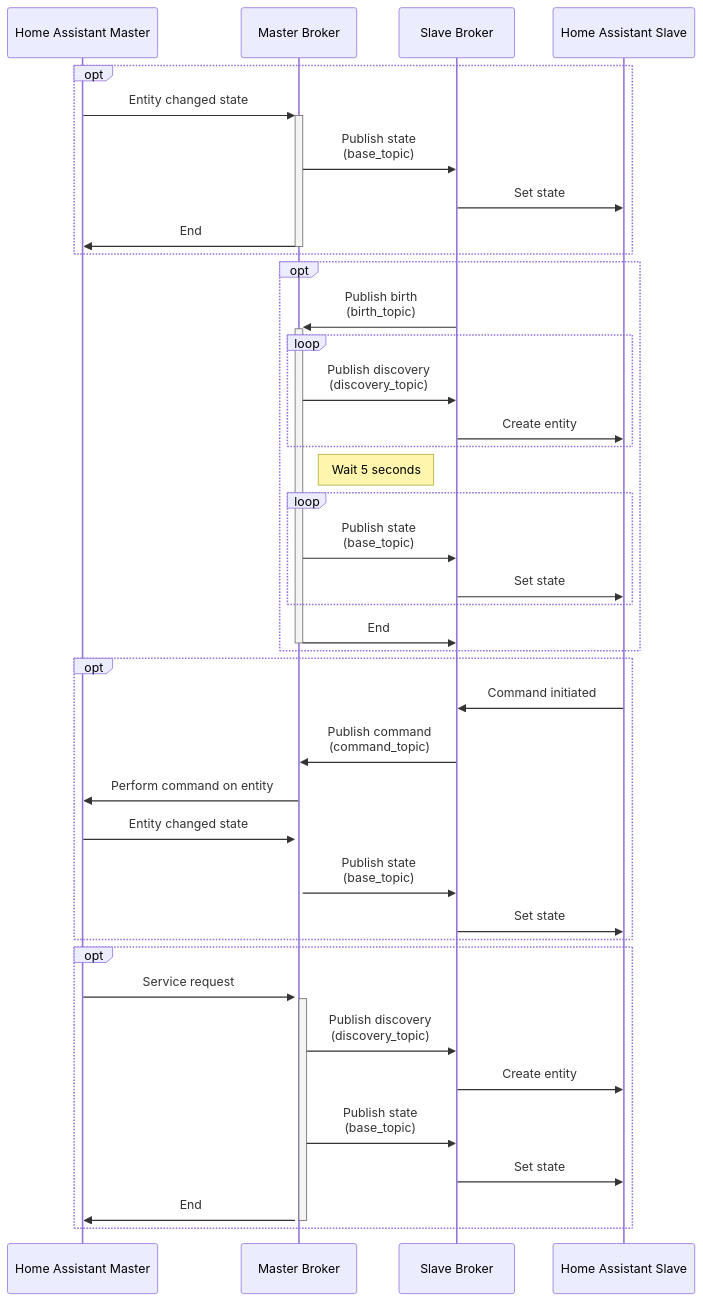
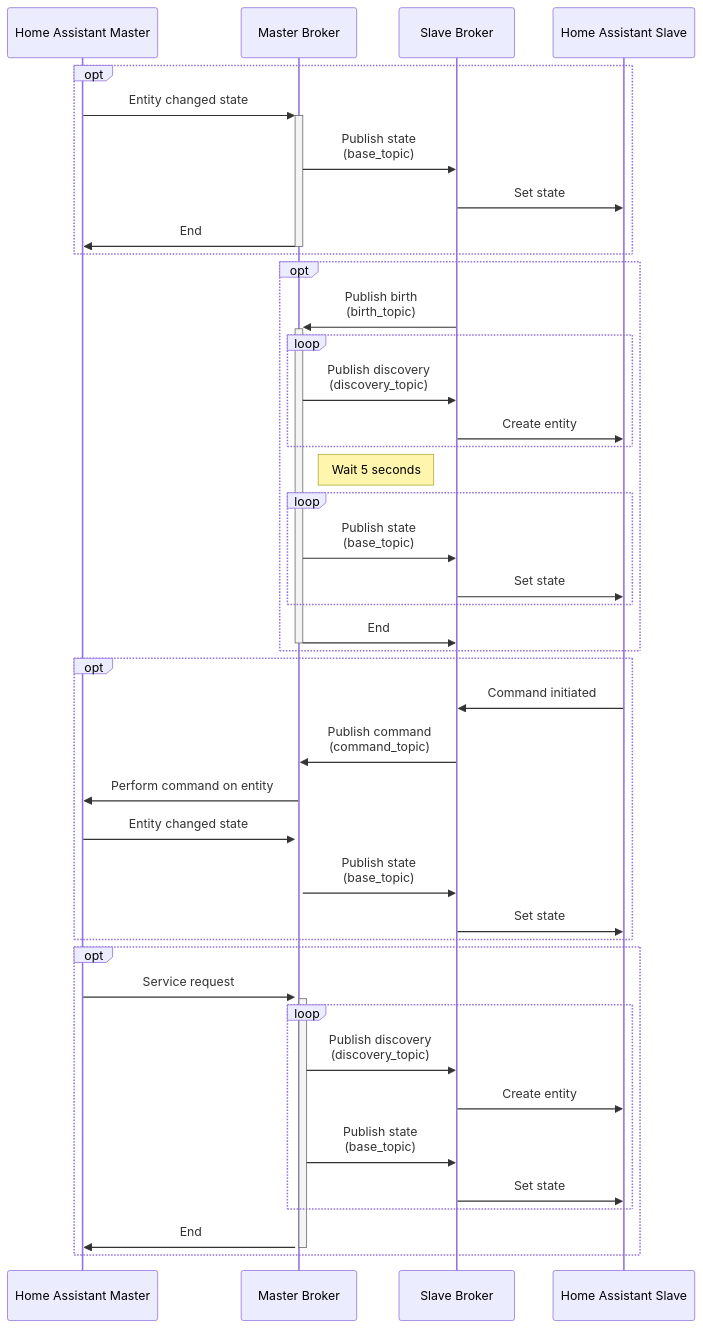
The second of 2 diagrams in README.md (RogerSelwyn/mqtt_discoverystream_ha), drawn with Mermaid before and after one commit.

````diff
--- a/README.md
+++ b/README.md
@@ -124,44 +124,46 @@
 ```mermaid
 sequenceDiagram
 participant H as Home Assistant Master
 participant M as Master Broker
 participant S as Slave Broker
 participant R as Home Assistant Slave
 opt
   H->>+M: Entity changed state
   M->>S: Publish state<br/>(base_topic)
   S->>R: Set state
   M->>-H: End
 end
 
 opt
   S->>+M: Publish birth<br/>(birth_topic)
   loop 
     M->>S: Publish discovery<br/>(discovery_topic)
     S->>R: Create entity
   end
 note right of M: Wait 5 seconds
   loop 
     M->>S: Publish state<br/>(base_topic)
     S->>R: Set state
   end
   M->>-S: End
 end
 opt
   R->>S: Command initiated
   S->>M: Publish command<br/>(command_topic)
   M->>H: Perform command on entity
   H->>+M: Entity changed state
   M->>S: Publish state<br/>(base_topic)
   S->>R: Set state
 end
 
 opt
   H->>+M: Service request
-  M->>S: Publish discovery<br/>(discovery_topic)
-  S->>R: Create entity
-  M->>S: Publish state<br/>(base_topic)
-  S->>R: Set state
+  loop
+    M->>S: Publish discovery<br/>(discovery_topic)
+    S->>R: Create entity
+    M->>S: Publish state<br/>(base_topic)
+    S->>R: Set state
+  end
   M->>-H: End
 end
 ```
````
